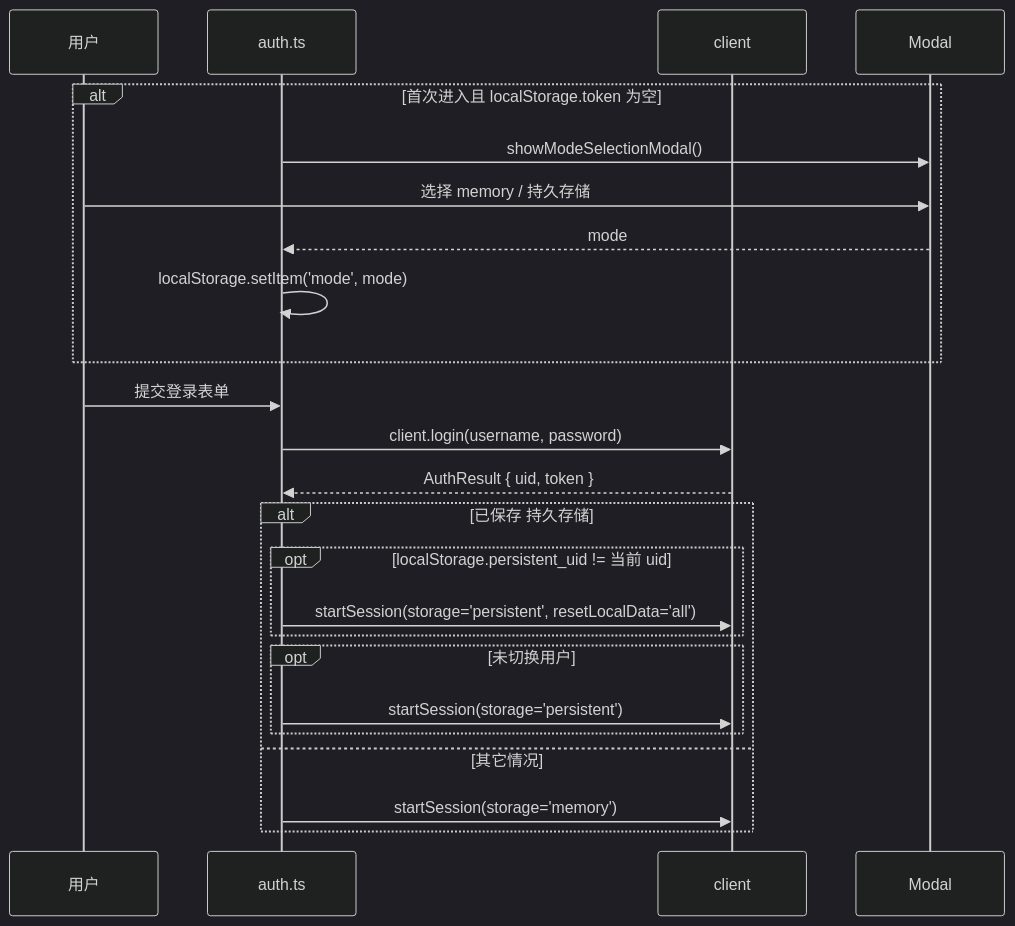
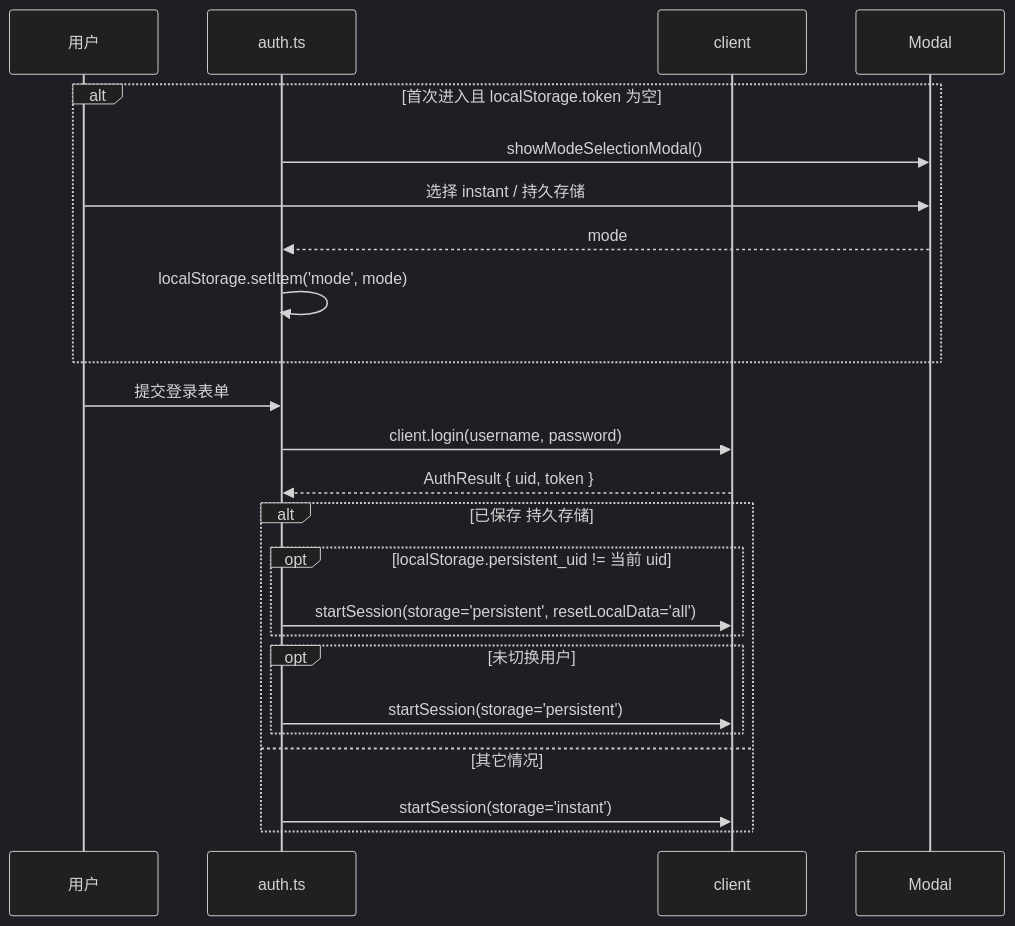
The third of 3 diagrams in docs/frontend/UI设计方案.md (dacez/yimsg), drawn with Mermaid (dark theme) before and after one commit. The commit also changed other lines of this file and 22 other files, not shown here.

````diff
--- a/docs/frontend/UI设计方案.md
+++ b/docs/frontend/UI设计方案.md
@@ -299,29 +299,29 @@
 ```mermaid
 sequenceDiagram
     participant U as 用户
     participant Auth as auth.ts
     participant SDK as client
     participant Modal as Modal
 
     alt 首次进入且 localStorage.token 为空
         Auth->>Modal: showModeSelectionModal()
-        U->>Modal: 选择 memory / 持久存储
+        U->>Modal: 选择 instant / 持久存储
         Modal-->>Auth: mode
         Auth->>Auth: localStorage.setItem('mode', mode)
     end
 
     U->>Auth: 提交登录表单
     Auth->>SDK: client.login(username, password)
     SDK-->>Auth: AuthResult { uid, token }
 
     alt 已保存 持久存储
         opt localStorage.persistent_uid != 当前 uid
         Auth->>SDK: startSession(storage='persistent', resetLocalData='all')
       end
       opt 未切换用户
         Auth->>SDK: startSession(storage='persistent')
         end
     else 其它情况
-      Auth->>SDK: startSession(storage='memory')
+      Auth->>SDK: startSession(storage='instant')
     end
 ```
````
